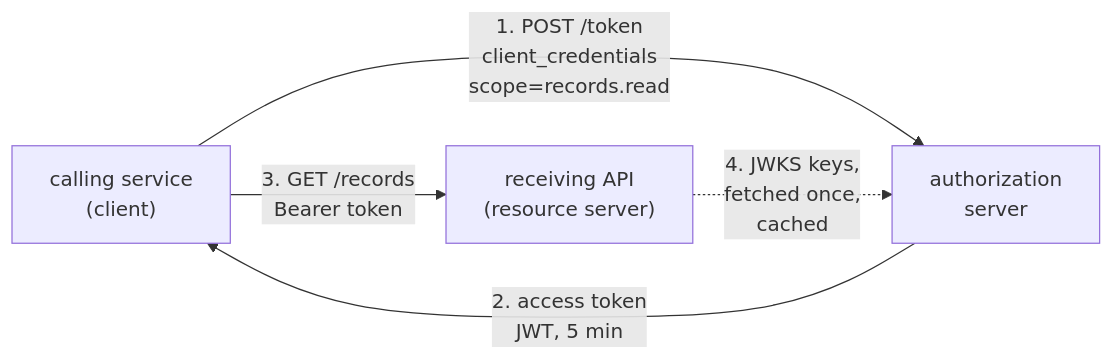
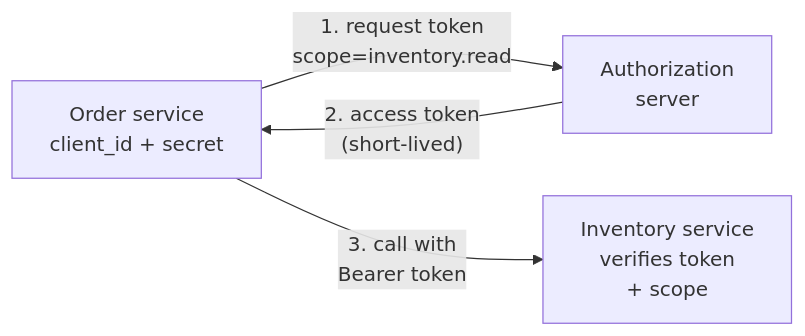
Before and after one commit to shubamchaudhary/CodeNITW: the second of 2 diagrams in src/Data/coreStackDocs/SPRING-10.md, drawn with Mermaid. The commit also changed other lines of this file and 27 other files, not shown here.

````diff
--- a/src/Data/coreStackDocs/SPRING-10.md
+++ b/src/Data/coreStackDocs/SPRING-10.md
@@ -216,7 +57,6 @@
 ```mermaid
 flowchart LR
-    CS["calling service<br/>(client)"] -->|"1. POST /token<br/>client_credentials<br/>scope=records.read"| AS["authorization<br/>server"]
-    AS -->|"2. access token<br/>JWT, 5 min"| CS
-    CS -->|"3. GET /records<br/>Bearer token"| RS["receiving API<br/>(resource server)"]
-    RS -.->|"4. JWKS keys,<br/>fetched once,<br/>cached"| AS
+    OS["Order service<br/>client_id + secret"] -->|"1. request token<br/>scope=inventory.read"| AS["Authorization<br/>server"]
+    AS -->|"2. access token<br/>(short-lived)"| OS
+    OS -->|"3. call with<br/>Bearer token"| IS["Inventory service<br/>verifies token<br/>+ scope"]
 ```
````
